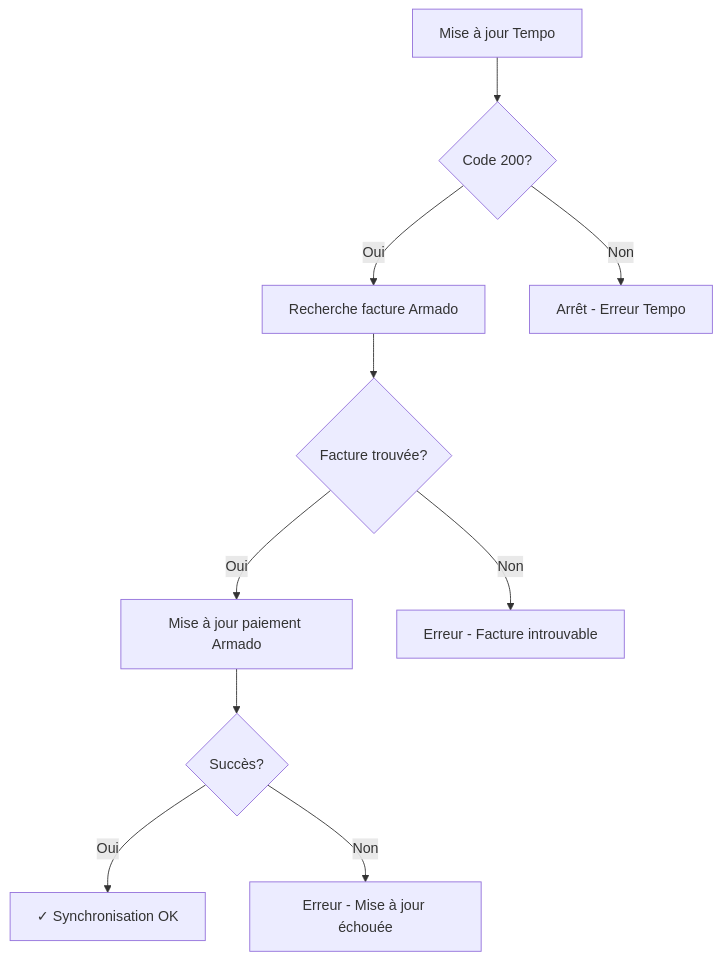
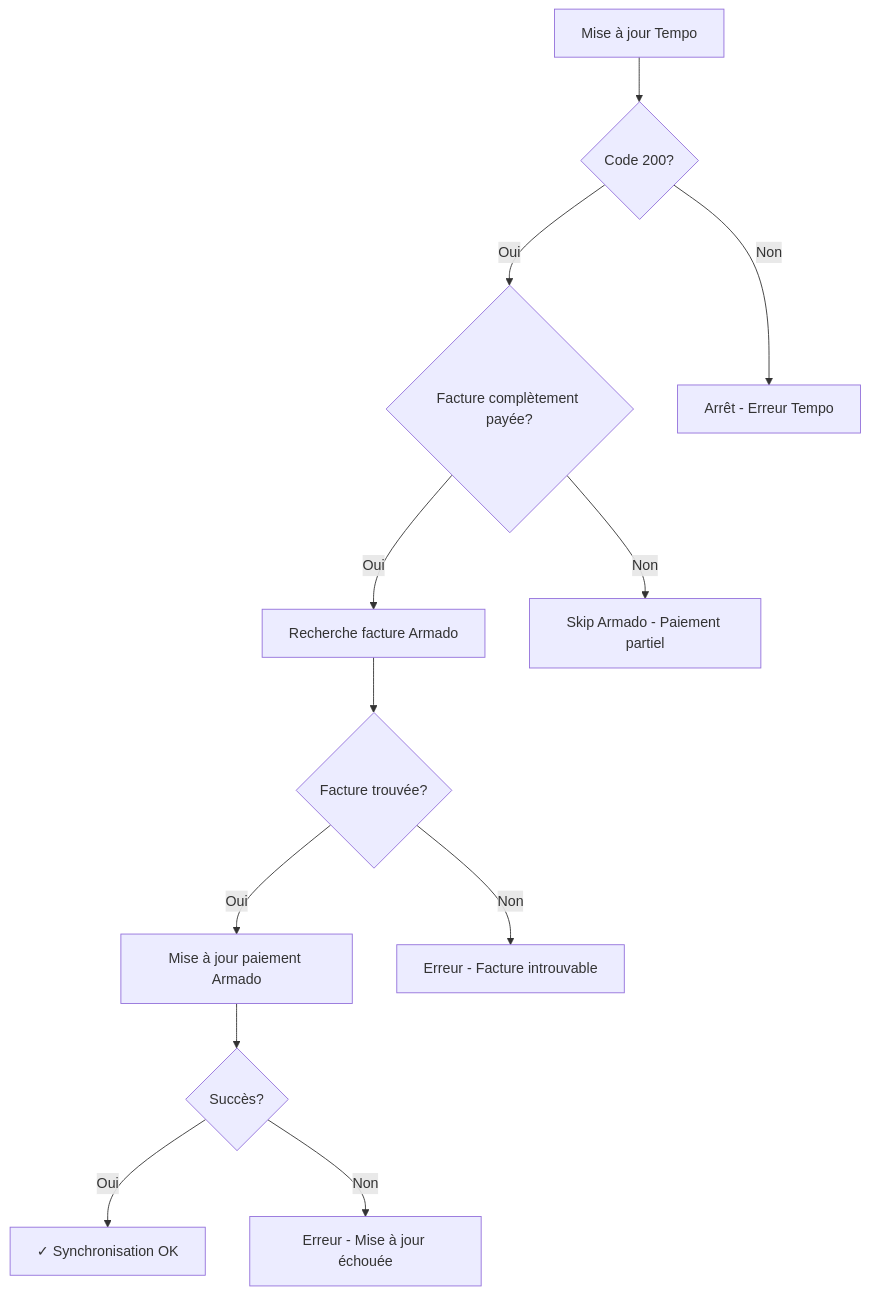
The diagram in README_ARMADO.md (mamounelamri/pennylane_factures_tasks), drawn with Mermaid before and after one commit. The commit also changed other lines of this file and 4 other files, not shown here.

````diff
--- a/README_ARMADO.md
+++ b/README_ARMADO.md
@@ -77,12 +77,14 @@
 ```mermaid
 graph TD
     A[Mise à jour Tempo] --> B{Code 200?}
-    B -->|Oui| C[Recherche facture Armado]
+    B -->|Oui| C{Facture complètement payée?}
     B -->|Non| D[Arrêt - Erreur Tempo]
-    C --> E{Facture trouvée?}
-    E -->|Oui| F[Mise à jour paiement Armado]
-    E -->|Non| G[Erreur - Facture introuvable]
-    F --> H{Succès?}
-    H -->|Oui| I[✓ Synchronisation OK]
-    H -->|Non| J[Erreur - Mise à jour échouée]
+    C -->|Oui| E[Recherche facture Armado]
+    C -->|Non| F[Skip Armado - Paiement partiel]
+    E --> G{Facture trouvée?}
+    G -->|Oui| H[Mise à jour paiement Armado]
+    G -->|Non| I[Erreur - Facture introuvable]
+    H --> J{Succès?}
+    J -->|Oui| K[✓ Synchronisation OK]
+    J -->|Non| L[Erreur - Mise à jour échouée]
 ```
````
